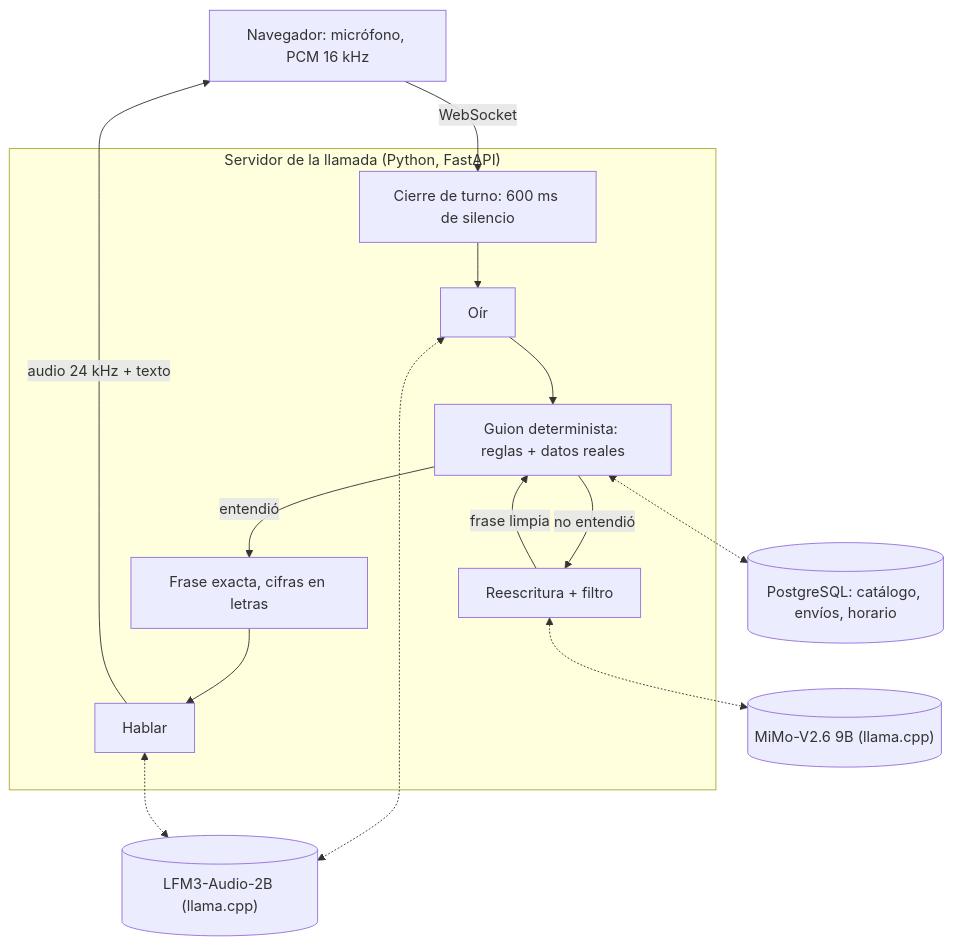
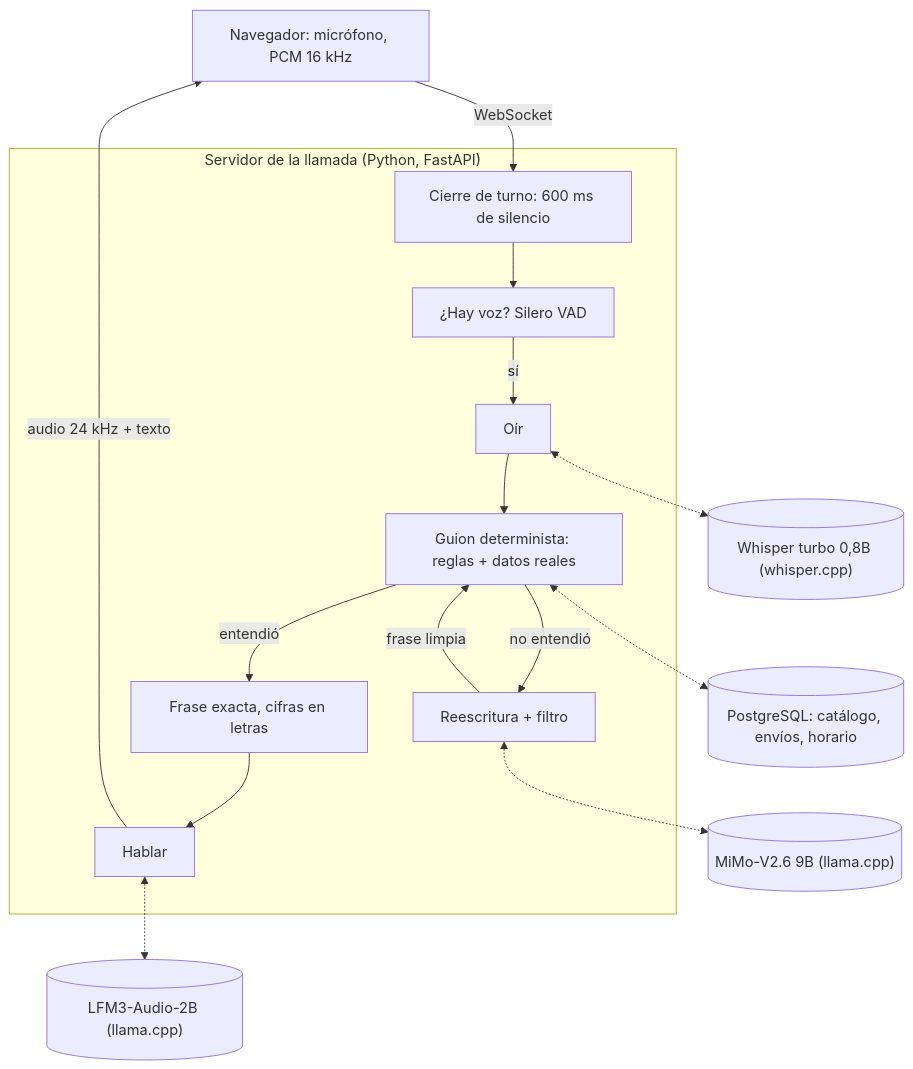
Before and after one commit to MaoDev22/asistente-de-voz-cerebro-gigante: the first of 5 diagrams in index.md, drawn with Mermaid. The commit also changed other lines of this file and 2 other files, not shown here.

Commit message:
Actualización: oído con Whisper turbo y detector de voz (Silero VAD), con sus mediciones

```diff
--- a/index.md
+++ b/index.md
@@ -43,18 +45,19 @@
 <pre class="mermaid">
 flowchart TB
     N["Navegador: micrófono, PCM 16 kHz"]
     N -- "WebSocket" --> T
     subgraph S["Servidor de la llamada (Python, FastAPI)"]
-        T["Cierre de turno: 600 ms de silencio"] --> O["Oír"]
+        T["Cierre de turno: 600 ms de silencio"] --> V["¿Hay voz? Silero VAD"]
+        V -- "sí" --> O["Oír"]
         O --> G["Guion determinista: reglas + datos reales"]
         G -- "no entendió" --> W["Reescritura + filtro"]
         W -- "frase limpia" --> G
         G -- "entendió" --> R["Frase exacta, cifras en letras"]
         R --> H["Hablar"]
     end
-    O <-.-> A[("LFM3-Audio-2B (llama.cpp)")]
-    H <-.-> A
+    O <-.-> WH[("Whisper turbo 0,8B (whisper.cpp)")]
+    H <-.-> A[("LFM3-Audio-2B (llama.cpp)")]
     W <-.-> M[("MiMo-V2.6 9B (llama.cpp)")]
     G <-.-> D[("PostgreSQL: catálogo, envíos, horario")]
     H -- "audio 24 kHz + texto" --> N
 </pre>
```
